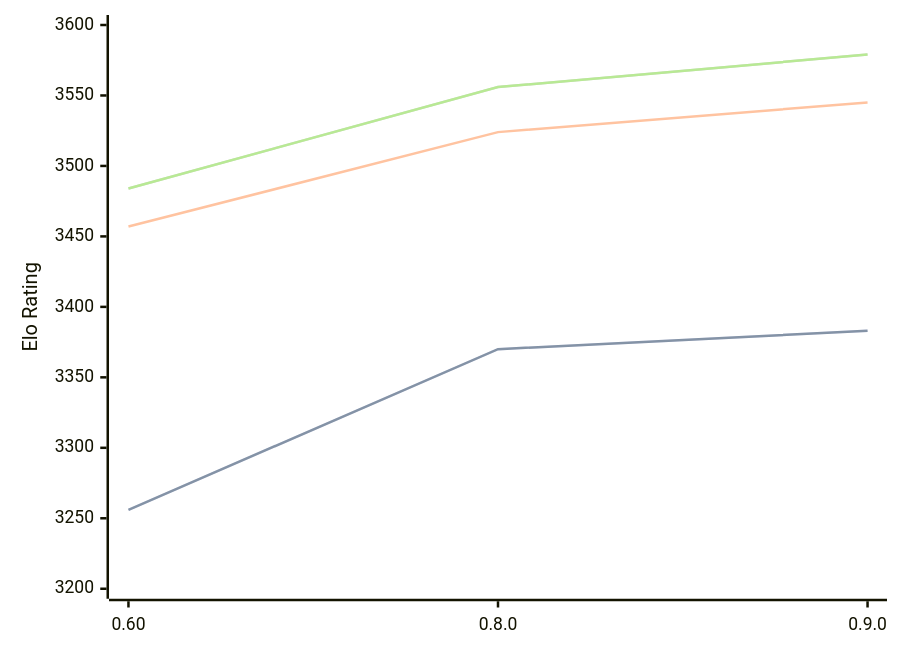
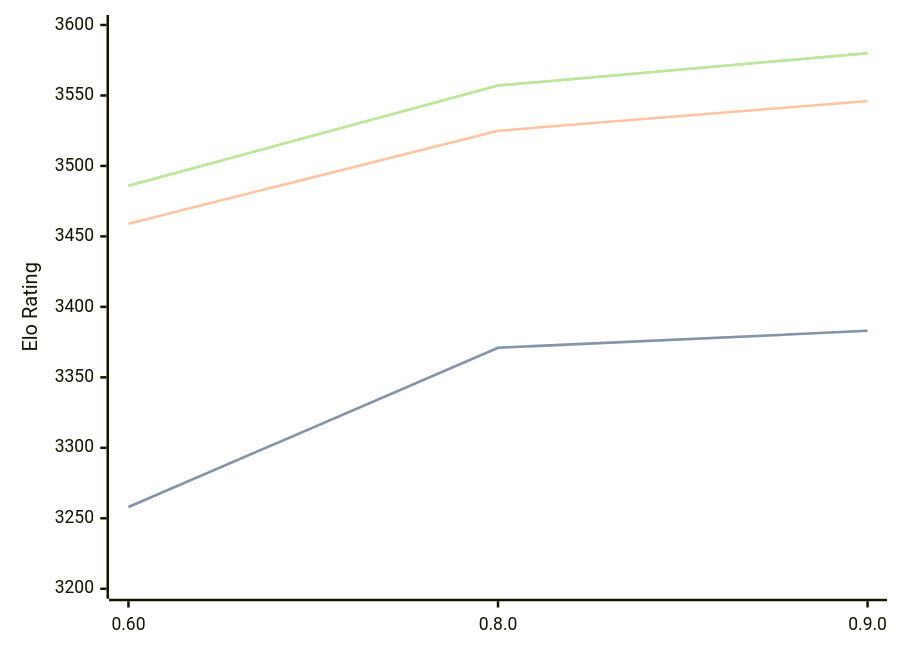
The diagram in engines/Motor.md (computer-chess-index/cci), drawn with Mermaid before and after one commit. The commit also changed other lines of this file, not shown here.

Commit message:
Update CCI Ratings (ELO VLTC) - 2026-05-12

````diff
--- a/engines/Motor.md
+++ b/engines/Motor.md
@@ -39,11 +39,11 @@
 ```mermaid
 %%{init: {"theme":"base","themeVariables":{"seriesColors:['#a3a3a3','#222221','#faa371']}}}%%
 xychart-beta
   x-axis ["0.60", "0.8.0", "0.9.0"]
   y-axis "Elo Rating" 3200 --> 3600
-  line "STC (8.0+0.08s)" [3256, 3370, 3383]
-  line "STC (8.0+0.08s)" [3256, 3370, 3383]
-  line "LTC (60.0+0.60s)" [3457, 3524, 3545]
-  line "VLTC (2m24s+1.12s)" [3484, 3556, 3579]
-  line "VLTC (2m24s+1.12s)" [3484, 3556, 3579]
+  line "STC (8.0+0.08s)" [3258, 3371, 3383]
+  line "STC (8.0+0.08s)" [3258, 3371, 3383]
+  line "LTC (60.0+0.60s)" [3459, 3525, 3546]
+  line "VLTC (2m24s+1.12s)" [3486, 3557, 3580]
+  line "VLTC (2m24s+1.12s)" [3486, 3557, 3580]
 ```
````
